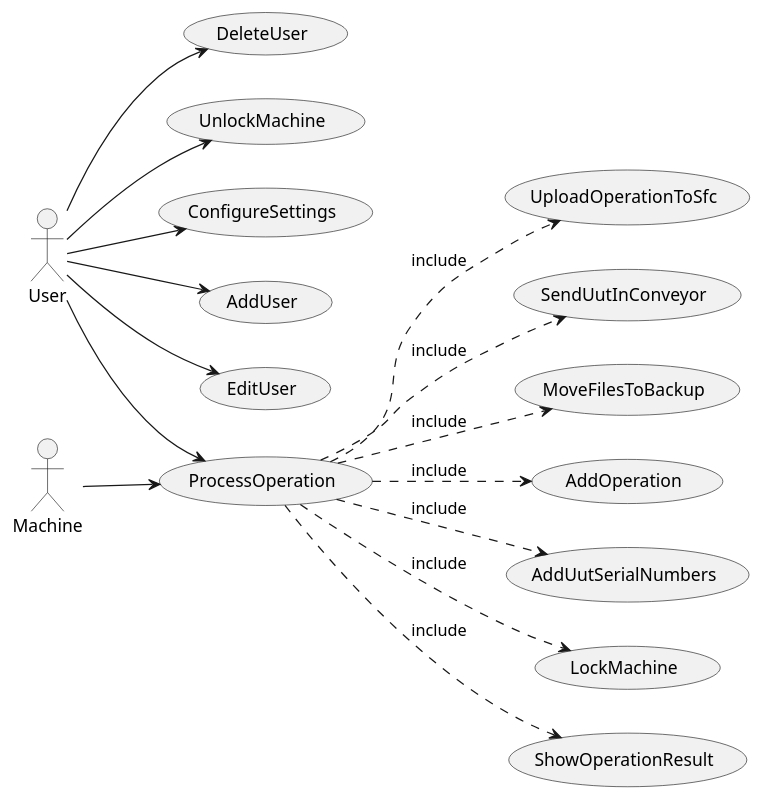
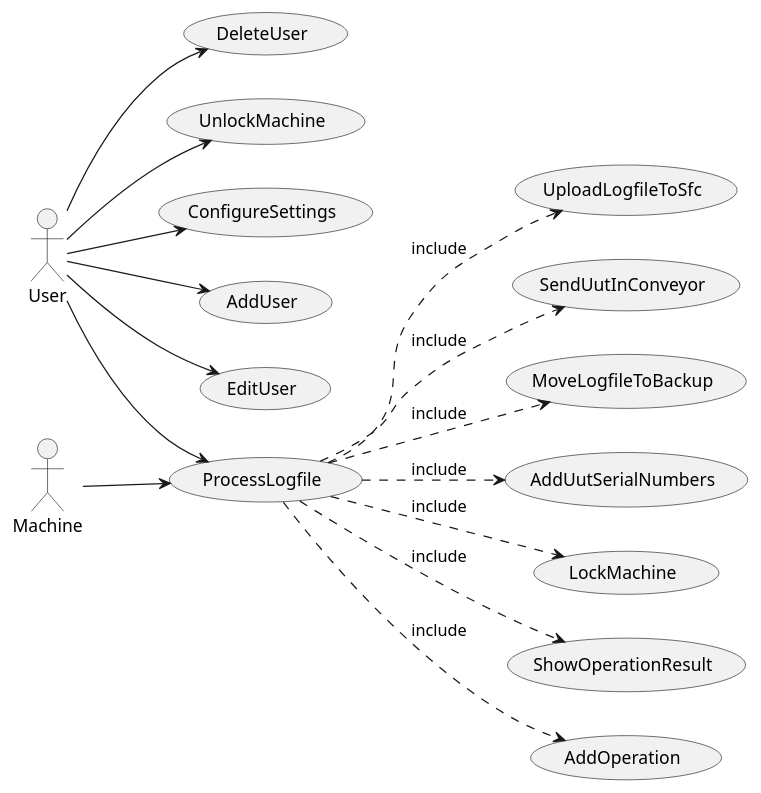
The diagram in docs/hermesUseCases.puml (David1906/Hermes-4.0), drawn with PlantUML before and after one commit. The commit also changed 69 other files, not shown here.

Commit message:
Wip: Implement add operation to sfc

```diff
--- a/docs/hermesUseCases.puml
+++ b/docs/hermesUseCases.puml
@@ -1,30 +1,30 @@
 @startuml Use cases
 left to right direction
 
-usecase (ProcessOperation)
-usecase (UploadOperationToSfc)
+usecase (ProcessLogfile)
+usecase (UploadLogfileToSfc)
 usecase (SendUutInConveyor)
-usecase (MoveFilesToBackup)
-usecase (AddOperation)
+usecase (MoveLogfileToBackup)
 usecase (AddUutSerialNumbers)
 usecase (LockMachine)
 usecase (UnlockMachine)
 usecase (ShowOperationResult)
+usecase (AddOperation)
 
-:User: --> (ProcessOperation)
+:User: --> (ProcessLogfile)
 :User: --> (UnlockMachine)
 :User: --> (ConfigureSettings)
 :User: --> (AddUser)
 :User: --> (EditUser)
 :User: --> (DeleteUser)
 
-:Machine: --> (ProcessOperation)
-(ProcessOperation) ..> (UploadOperationToSfc) : "include"
-(ProcessOperation) ..> (SendUutInConveyor) : "include"
-(ProcessOperation) ..> (MoveFilesToBackup) : "include"
-(ProcessOperation) ..> (AddOperation) : "include"
-(ProcessOperation) ..> (AddUutSerialNumbers) : "include"
-(ProcessOperation) ..> (LockMachine) : "include"
-(ProcessOperation) ..> (ShowOperationResult) : "include"
+:Machine: --> (ProcessLogfile)
+(ProcessLogfile) ..> (UploadLogfileToSfc) : "include"
+(ProcessLogfile) ..> (SendUutInConveyor) : "include"
+(ProcessLogfile) ..> (MoveLogfileToBackup) : "include"
+(ProcessLogfile) ..> (AddUutSerialNumbers) : "include"
+(ProcessLogfile) ..> (LockMachine) : "include"
+(ProcessLogfile) ..> (ShowOperationResult) : "include"
+(ProcessLogfile) ..> (AddOperation) : "include"
 
 @enduml
```
